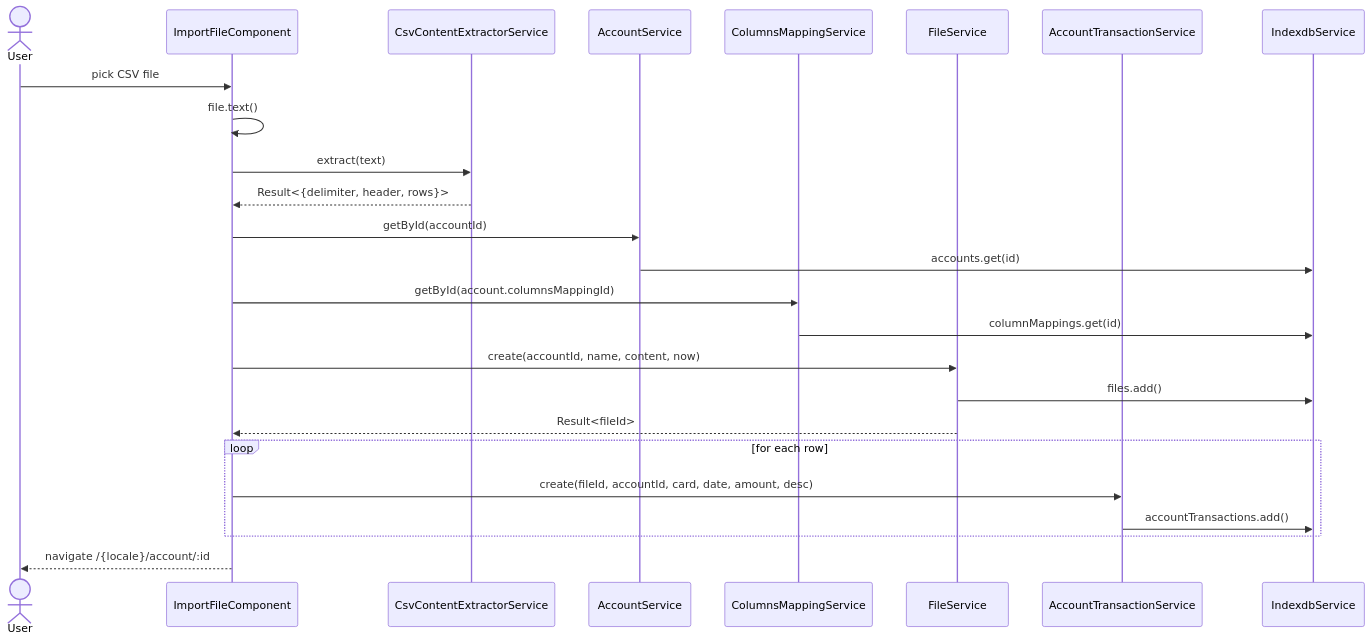
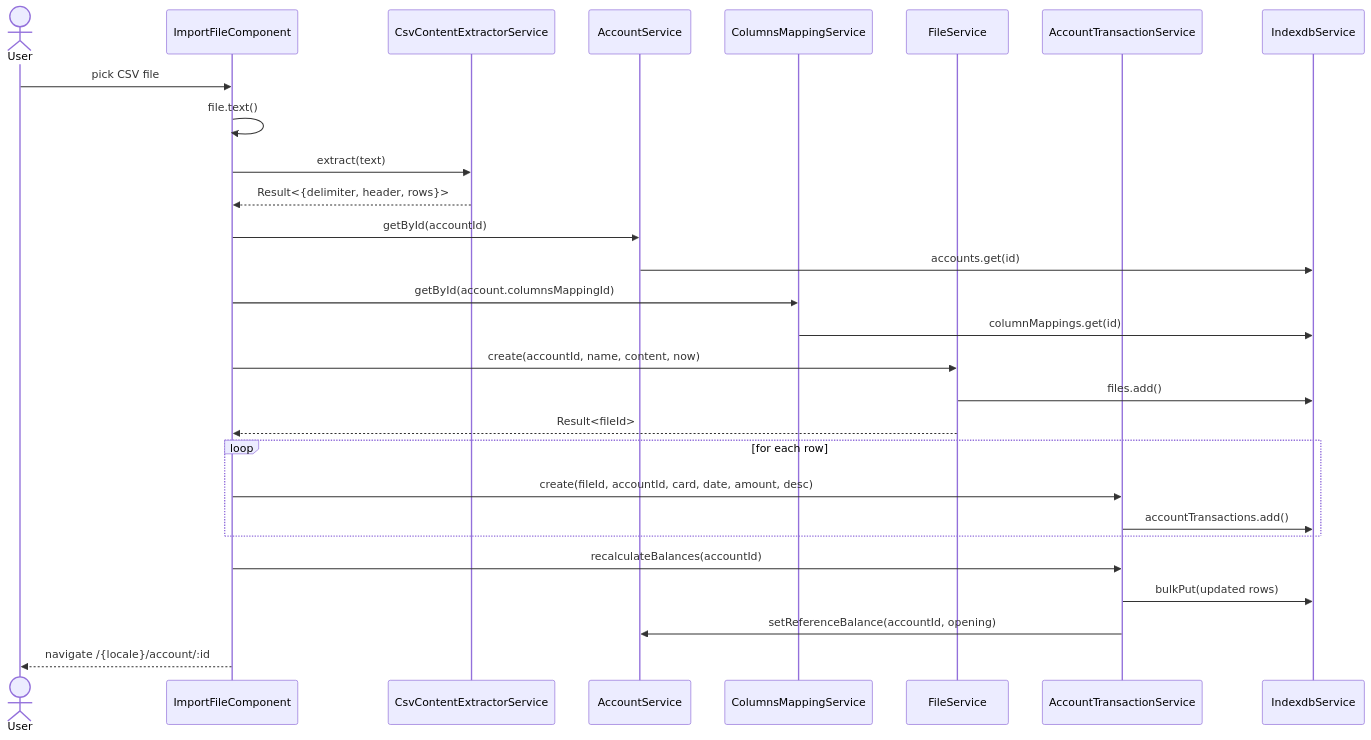
One commit to cobreti/Budgan changed the seventh of 11 diagrams in Doc/Architecture.md. Above: the diagram before and after it, drawn with Mermaid. The commit also changed other lines of this file and 24 other files, not shown here.

````diff
--- a/Doc/Architecture.md
+++ b/Doc/Architecture.md
@@ -353,28 +415,31 @@
 ```mermaid
 sequenceDiagram
     actor U as User
     participant V as ImportFileComponent
     participant Csv as CsvContentExtractorService
     participant A as AccountService
     participant M as ColumnsMappingService
     participant F as FileService
     participant T as AccountTransactionService
     participant DB as IndexdbService
 
     U->>V: pick CSV file
     V->>V: file.text()
     V->>Csv: extract(text)
     Csv-->>V: Result<{delimiter, header, rows}>
     V->>A: getById(accountId)
     A->>DB: accounts.get(id)
     V->>M: getById(account.columnsMappingId)
     M->>DB: columnMappings.get(id)
     V->>F: create(accountId, name, content, now)
     F->>DB: files.add()
     F-->>V: Result<fileId>
     loop for each row
         V->>T: create(fileId, accountId, card, date, amount, desc)
         T->>DB: accountTransactions.add()
     end
+    V->>T: recalculateBalances(accountId)
+    T->>DB: bulkPut(updated rows)
+    T->>A: setReferenceBalance(accountId, opening)
     V-->>U: navigate /{locale}/account/:id
 ```
````
